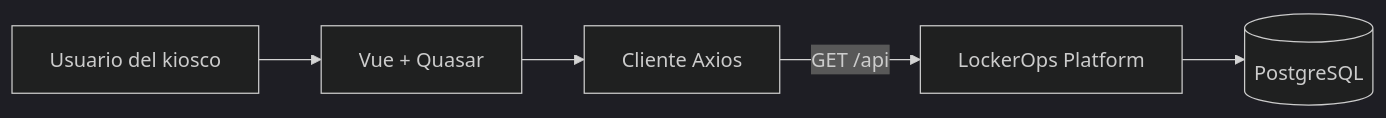
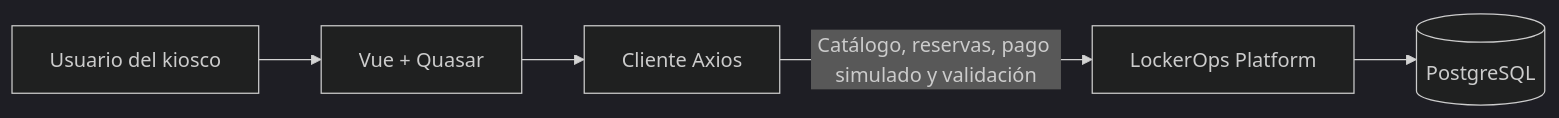
Before and after one commit to jaikostatham/lockerops-kiosk-frontend: the diagram in README.md, drawn with Mermaid (dark theme). The commit also changed other lines of this file and 2 other files, not shown here.

````diff
--- a/README.md
+++ b/README.md
@@ -25,7 +26,7 @@
 ```mermaid
 flowchart LR
   U[Usuario del kiosco] --> V[Vue + Quasar]
   V --> A[Cliente Axios]
-  A -->|GET /api| B[LockerOps Platform]
+  A -->|Catálogo, reservas, pago simulado y validación| B[LockerOps Platform]
   B --> D[(PostgreSQL)]
 ```
````
